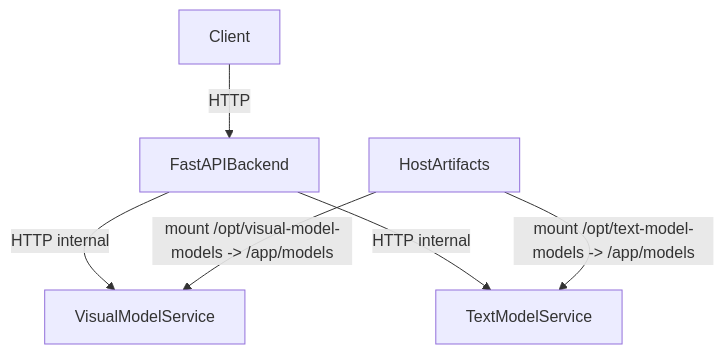
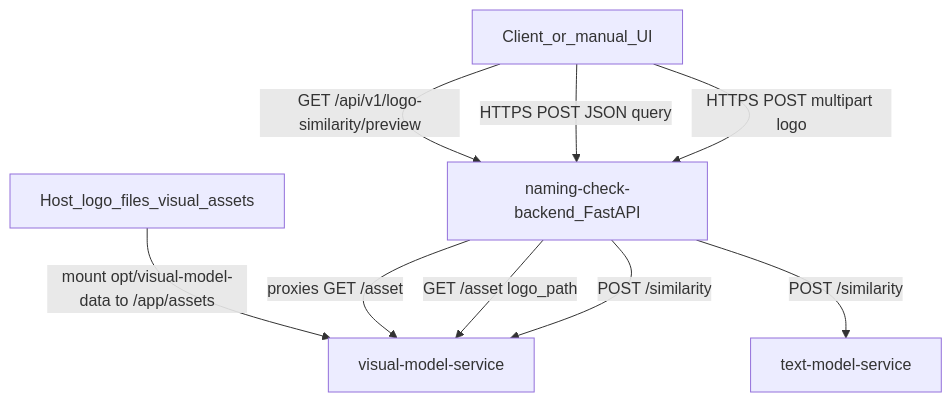
One commit to Naming-Checker/System-Analysis changed the diagram in docs/system_architecture.md. Above: the diagram before and after it, drawn with Mermaid. The commit also changed other lines of this file and 20 other files, not shown here.

````diff
--- a/docs/system_architecture.md
+++ b/docs/system_architecture.md
@@ -53,8 +22,17 @@
 ```mermaid
 flowchart TD
-  Client[Client] -->|HTTP| FastAPI[FastAPIBackend]
-  FastAPI -->|HTTP internal| VisualSidecar[VisualModelService]
-  FastAPI -->|HTTP internal| TextSidecar[TextModelService]
-  HostArtifacts[HostArtifacts] -->|"mount /opt/visual-model-models -> /app/models"| VisualSidecar
-  HostArtifacts -->|"mount /opt/text-model-models -> /app/models"| TextSidecar
+  Client[Client_or_manual_UI]
+  Backend[naming-check-backend_FastAPI]
+  Visual[visual-model-service]
+  Text[text-model-service]
+  Assets[Host_logo_files_visual_assets]
+
+  Client -->|"HTTPS POST multipart logo"| Backend
+  Client -->|"HTTPS POST JSON query"| Backend
+  Backend -->|"POST /similarity"| Visual
+  Backend -->|"GET /asset logo_path"| Visual
+  Client -->|"GET /api/v1/logo-similarity/preview"| Backend
+  Backend -->|"proxies GET /asset"| Visual
+  Backend -->|"POST /similarity"| Text
+  Assets -->|"mount opt/visual-model-data to /app/assets"| Visual
 ```
````
